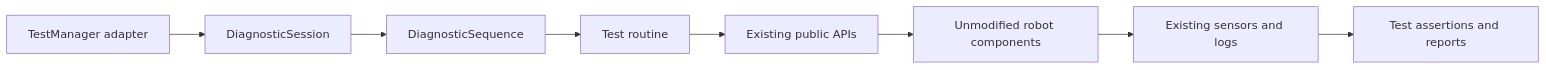
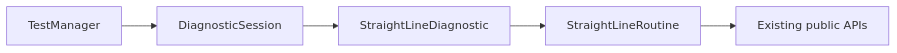
One commit to team581/offseason-2026 changed the second of 2 diagrams in docs/robot-regression.md. Above: the diagram before and after it, drawn with Mermaid. The commit also changed other lines of this file and 11 other files, not shown here.

````diff
--- a/docs/robot-regression.md
+++ b/docs/robot-regression.md
@@ -77,10 +79,7 @@
 ```mermaid
 flowchart LR
-  Adapter[TestManager adapter] --> Session[DiagnosticSession]
-  Session --> Sequence[DiagnosticSequence]
-  Sequence --> Routine[Test routine]
-  Routine --> API[Existing public APIs]
-  API --> Code[Unmodified robot components]
-  Code --> Observe[Existing sensors and logs]
-  Observe --> Judge[Test assertions and reports]
+  Adapter[TestManager] --> Session[DiagnosticSession]
+  Session --> Routine[StraightLineDiagnostic]
+  Routine --> Motion[StraightLineRoutine]
+  Motion --> API[Existing public APIs]
 ```
````
